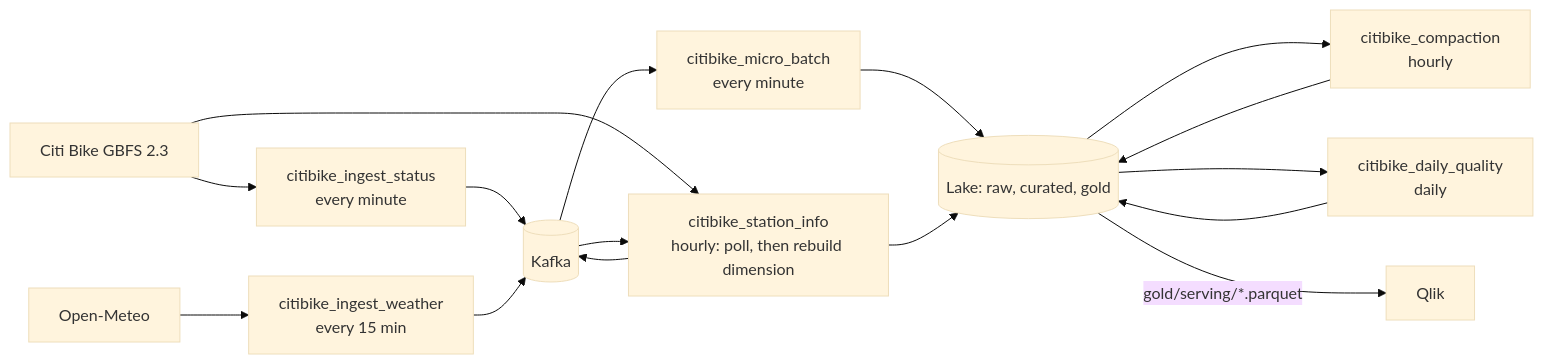
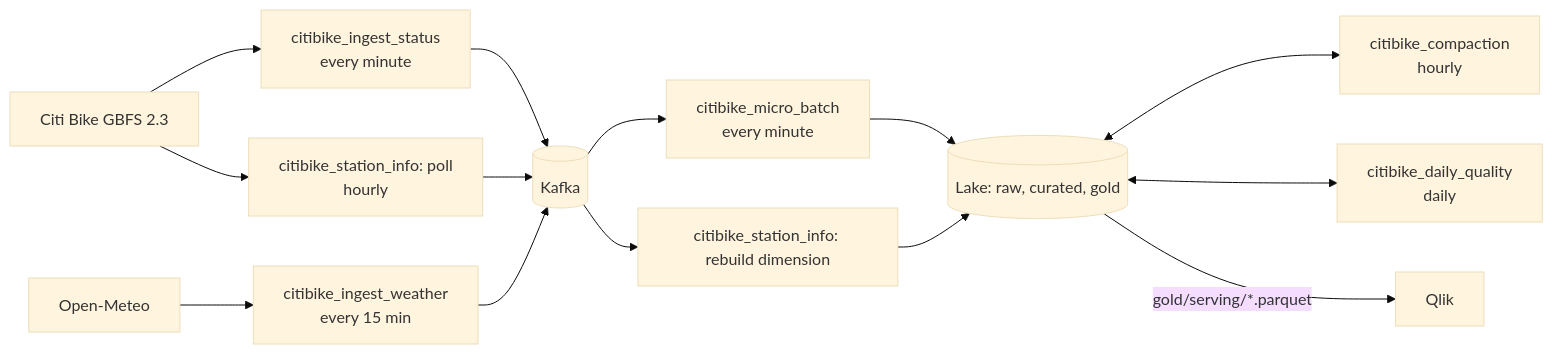
The diagram in README.md (michaeldcanady/ece-project), drawn with Mermaid (base theme) before and after one commit. The commit also changed other lines of this file and 7 other files, not shown here.

````diff
--- a/README.md
+++ b/README.md
@@ -7,18 +14,16 @@
 ```mermaid
 flowchart LR
     GBFS["Citi Bike GBFS 2.3"] --> IS["citibike_ingest_status<br/>every minute"]
-    GBFS --> SI
+    GBFS --> SIP["citibike_station_info: poll<br/>hourly"]
     OM["Open-Meteo"] --> IW["citibike_ingest_weather<br/>every 15 min"]
     IS --> K[("Kafka")]
     IW --> K
-    SI --> K
+    SIP --> K
     K --> MB["citibike_micro_batch<br/>every minute"]
-    K --> SI["citibike_station_info<br/>hourly: poll, then rebuild dimension"]
+    K --> SID["citibike_station_info: rebuild dimension"]
     MB --> L[("Lake: raw, curated, gold")]
-    SI --> L
-    L --> CP["citibike_compaction<br/>hourly"]
-    L --> DQ["citibike_daily_quality<br/>daily"]
-    CP --> L
-    DQ --> L
+    SID --> L
+    L <--> CP["citibike_compaction<br/>hourly"]
+    L <--> DQ["citibike_daily_quality<br/>daily"]
     L -- "gold/serving/*.parquet" --> Q["Qlik"]
 ```
````
